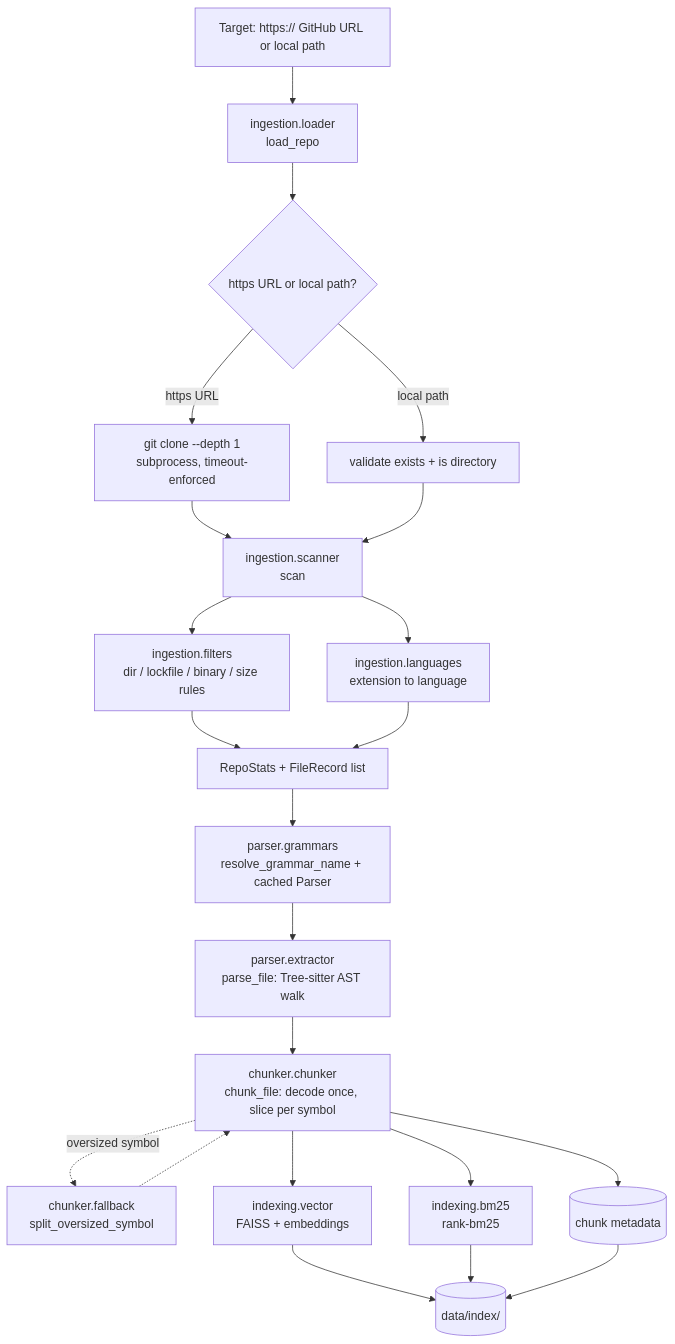
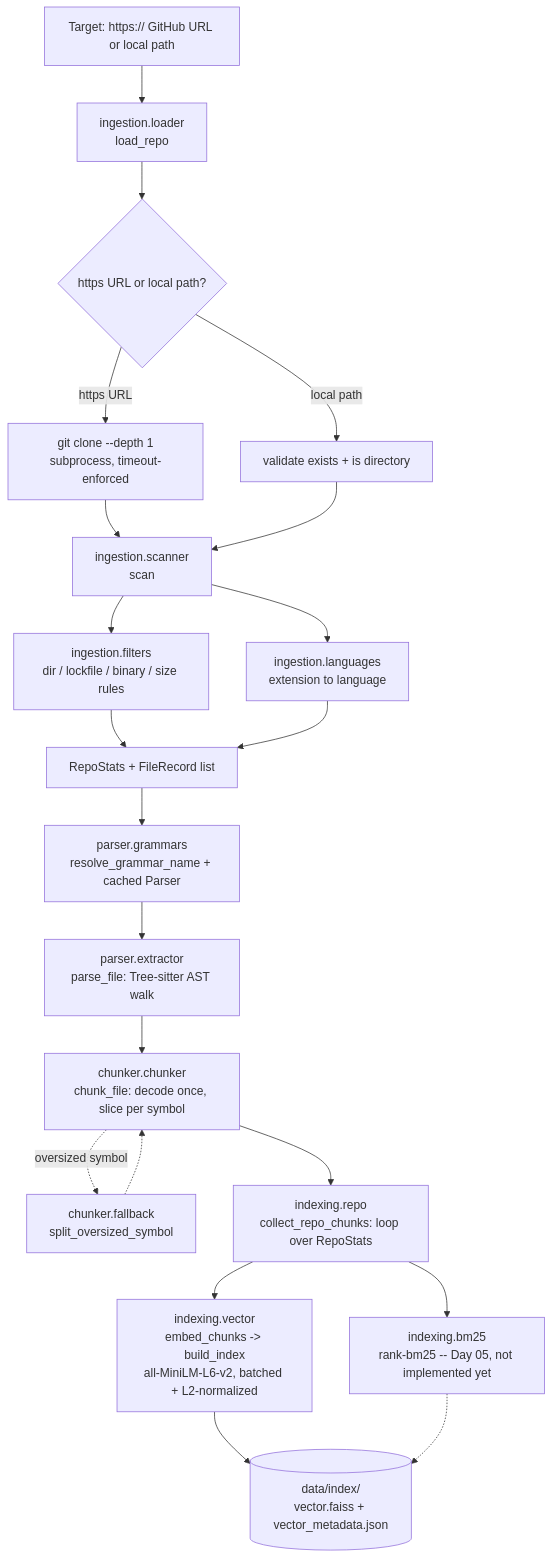
The second of 4 diagrams in FLOW.md (AyushShanu/CodeBase-MCP-Server), drawn with Mermaid before and after one commit. The commit also changed other lines of this file and 12 other files, not shown here.

Commit message:
feature/embeddings-vector-index

````diff
--- a/FLOW.md
+++ b/FLOW.md
@@ -87,24 +109,23 @@
 ```mermaid
 flowchart TD
     A[Target: https:// GitHub URL or local path] --> B1[ingestion.loader<br/>load_repo]
     B1 --> B2{https URL or local path?}
     B2 -->|https URL| B3[git clone --depth 1<br/>subprocess, timeout-enforced]
     B2 -->|local path| B4[validate exists + is directory]
     B3 --> B5[ingestion.scanner<br/>scan]
     B4 --> B5
     B5 --> B6[ingestion.filters<br/>dir / lockfile / binary / size rules]
     B5 --> B7[ingestion.languages<br/>extension to language]
     B6 --> B8[RepoStats + FileRecord list]
     B7 --> B8
     B8 --> C1[parser.grammars<br/>resolve_grammar_name + cached Parser]
     C1 --> C2[parser.extractor<br/>parse_file: Tree-sitter AST walk]
     C2 --> D1[chunker.chunker<br/>chunk_file: decode once, slice per symbol]
     D1 -.oversized symbol.-> D2[chunker.fallback<br/>split_oversized_symbol]
     D2 -.-> D1
-    D1 --> E[indexing.vector<br/>FAISS + embeddings]
-    D1 --> F[indexing.bm25<br/>rank-bm25]
-    E --> G[(data/index/)]
-    F --> G
-    D1 --> H[(chunk metadata)]
-    H --> G
+    D1 --> D3[indexing.repo<br/>collect_repo_chunks: loop over RepoStats]
+    D3 --> E[indexing.vector<br/>embed_chunks -> build_index<br/>all-MiniLM-L6-v2, batched + L2-normalized]
+    D3 --> F[indexing.bm25<br/>rank-bm25 -- Day 05, not implemented yet]
+    E --> G[("data/index/<br/>vector.faiss + vector_metadata.json")]
+    F -.-> G
 ```
````
